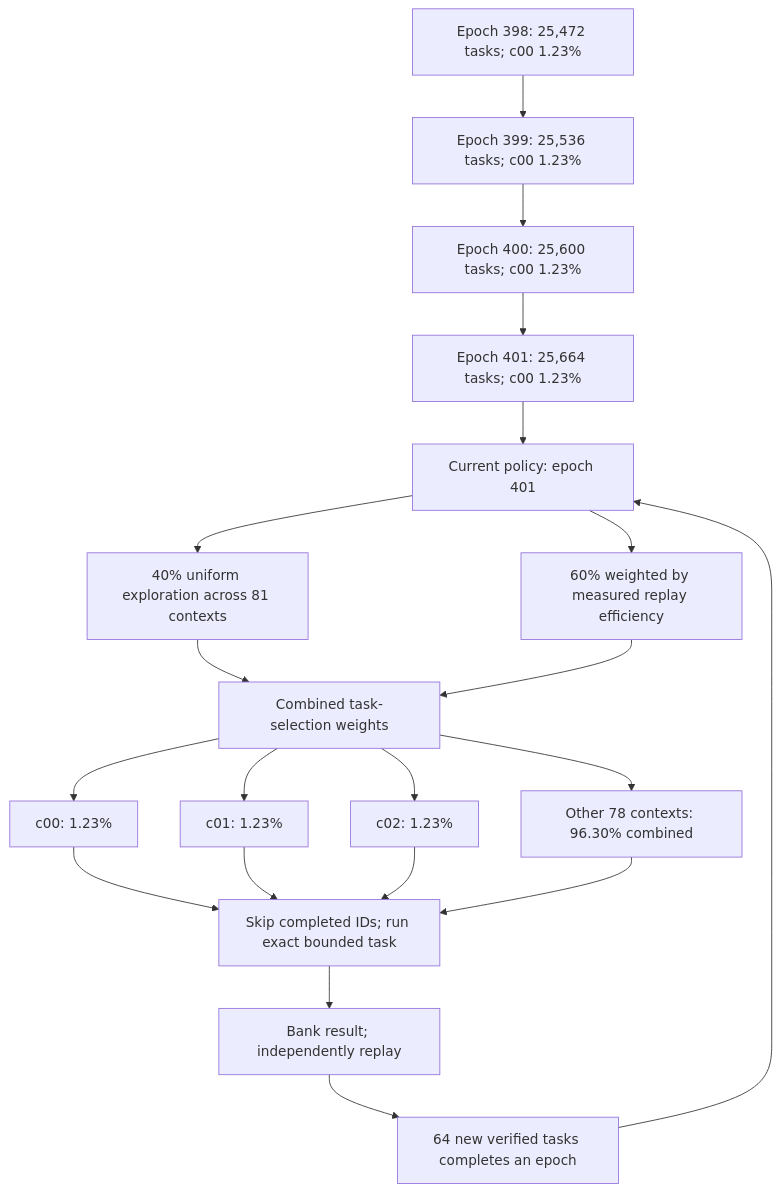
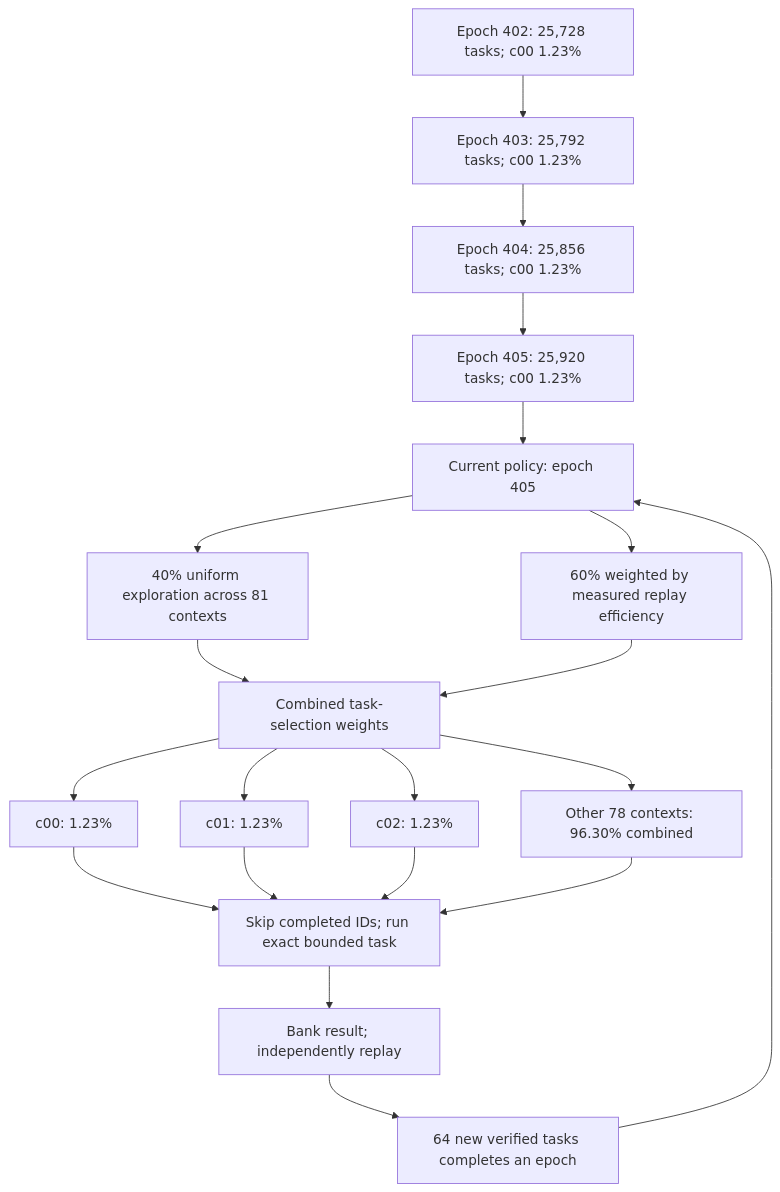
The first of 2 diagrams in README.md (Kuberwastaken/math-gambling), drawn with Mermaid before and after one commit. The commit also changed other lines of this file and 593 other files, not shown here.

````diff
--- a/README.md
+++ b/README.md
@@ -50,27 +50,27 @@
 ```mermaid
 flowchart TD
-    H0["Epoch 398: 25,472 tasks; c00 1.23%"]
-    H1["Epoch 399: 25,536 tasks; c00 1.23%"]
+    H0["Epoch 402: 25,728 tasks; c00 1.23%"]
+    H1["Epoch 403: 25,792 tasks; c00 1.23%"]
     H0 --> H1
-    H2["Epoch 400: 25,600 tasks; c00 1.23%"]
+    H2["Epoch 404: 25,856 tasks; c00 1.23%"]
     H1 --> H2
-    H3["Epoch 401: 25,664 tasks; c00 1.23%"]
+    H3["Epoch 405: 25,920 tasks; c00 1.23%"]
     H2 --> H3
-    Policy["Current policy: epoch 401"]
+    Policy["Current policy: epoch 405"]
     H3 --> Policy
     Policy --> Explore["40% uniform exploration across 81 contexts"]
     Policy --> Cost["60% weighted by measured replay efficiency"]
     Explore --> Mix["Combined task-selection weights"]
     Cost --> Mix
     Mix --> C0["c00: 1.23%"]
     Mix --> C1["c01: 1.23%"]
     Mix --> C2["c02: 1.23%"]
     Mix --> Rest["Other 78 contexts: 96.30% combined"]
     C0 --> Check["Skip completed IDs; run exact bounded task"]
     C1 --> Check
     C2 --> Check
     Rest --> Check
     Check --> Replay["Bank result; independently replay"]
     Replay --> Gate["64 new verified tasks completes an epoch"]
     Gate --> Policy
 ```
````
